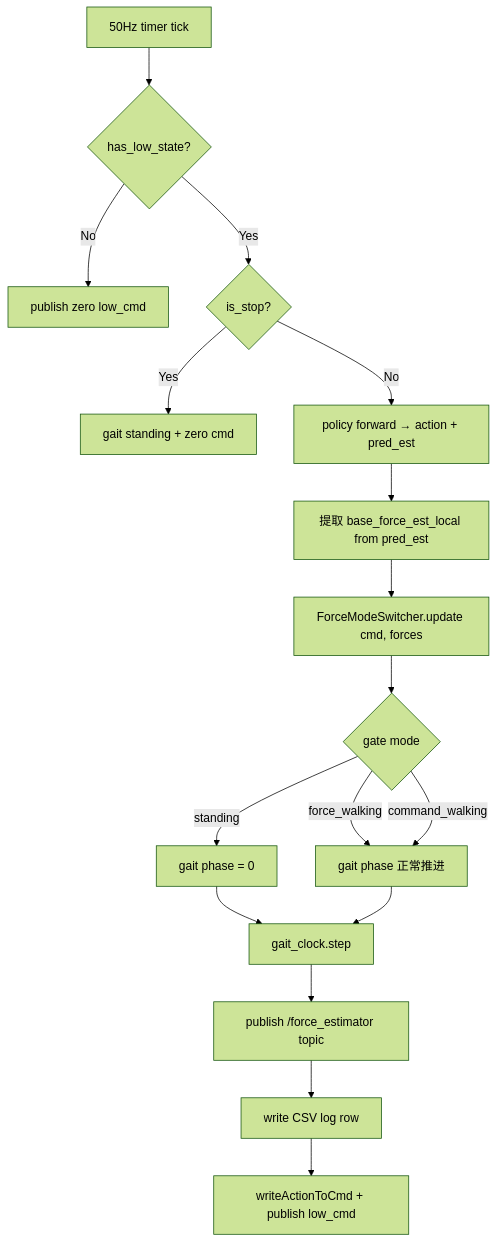
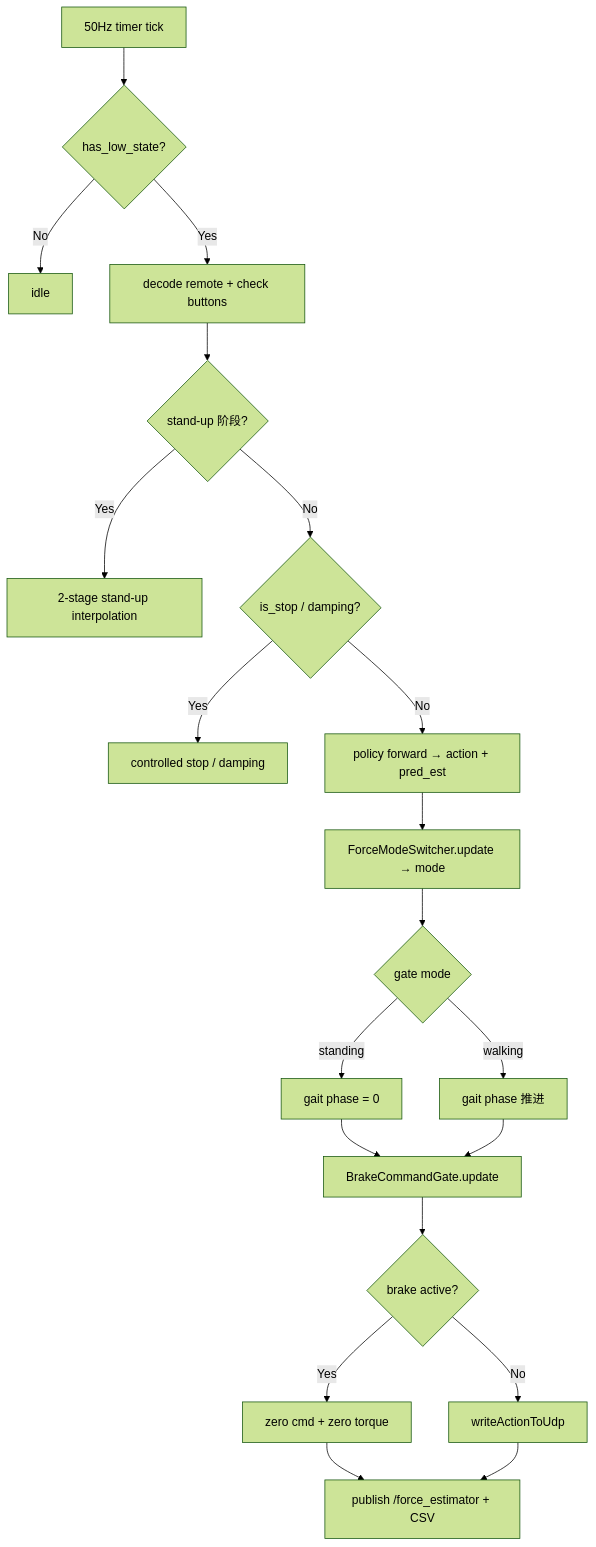
One commit to Jam-Stark/AliengoSim2Real changed the second of 2 diagrams in scripts/Stand-Walk_Gate.md. Above: the diagram before and after it, drawn with Mermaid (forest theme). The commit also changed other lines of this file and 9 other files, not shown here.

````diff
--- a/scripts/Stand-Walk_Gate.md
+++ b/scripts/Stand-Walk_Gate.md
@@ -335,19 +342,22 @@
 ```mermaid
 flowchart TD
     A[50Hz timer tick] --> B{has_low_state?}
-    B -- No --> C[publish zero low_cmd]
-    B -- Yes --> D{is_stop?}
-    D -- Yes --> E[gait standing + zero cmd]
-    D -- No --> F[policy forward → action + pred_est]
-    F --> G[提取 base_force_est_local from pred_est]
-    G --> H[ForceModeSwitcher.update cmd, forces]
-    H --> I{gate mode}
-    I -->|standing| J[gait phase = 0]
-    I -->|force_walking| K[gait phase 正常推进]
-    I -->|command_walking| K
-    J --> L[gait_clock.step]
-    K --> L
-    L --> M[publish /force_estimator topic]
-    M --> N[write CSV log row]
-    N --> O[writeActionToCmd + publish low_cmd]
+    B -- No --> Z[idle]
+    B -- Yes --> C[decode remote + check buttons]
+    C --> D{stand-up 阶段?}
+    D -- Yes --> E[2-stage stand-up interpolation]
+    D -- No --> F{is_stop / damping?}
+    F -- Yes --> G[controlled stop / damping]
+    F -- No --> H[policy forward → action + pred_est]
+    H --> I[ForceModeSwitcher.update → mode]
+    I --> J{gate mode}
+    J -->|standing| K[gait phase = 0]
+    J -->|walking| L[gait phase 推进]
+    K --> M[BrakeCommandGate.update]
+    L --> M
+    M --> N{brake active?}
+    N -- Yes --> O[zero cmd + zero torque]
+    N -- No --> P[writeActionToUdp]
+    O --> Q[publish /force_estimator + CSV]
+    P --> Q
 ```
````
